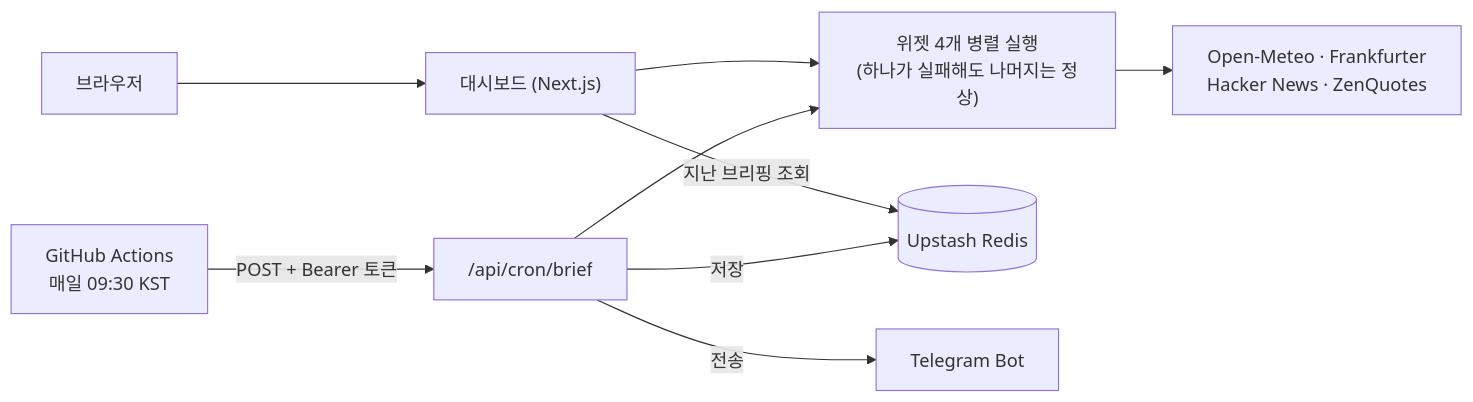
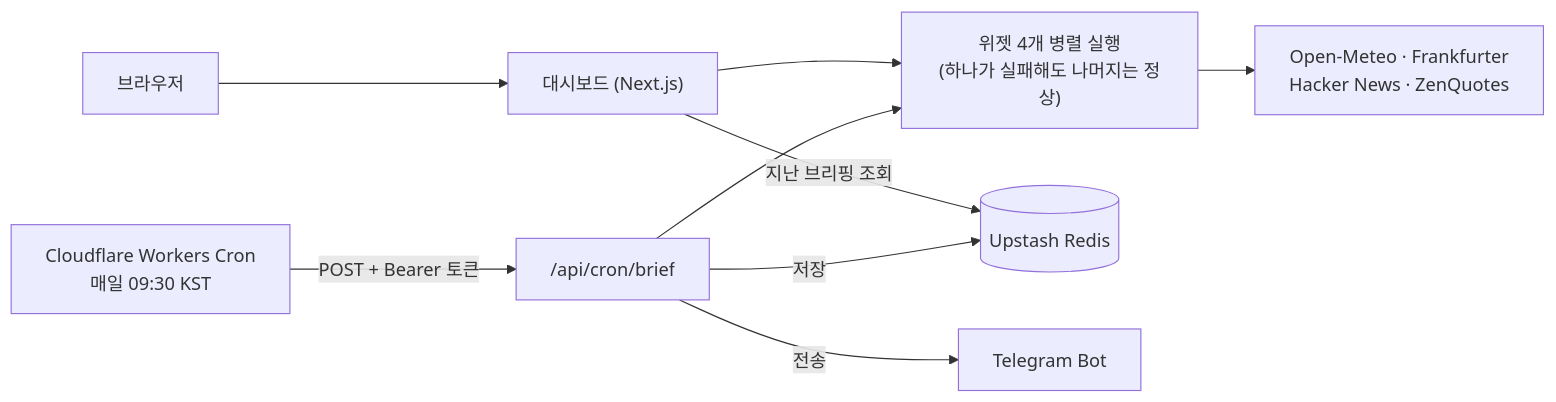
One commit to YunHanKIM/morning-brief changed the diagram in README.md. Above: the diagram before and after it, drawn with Mermaid. The commit also changed other lines of this file and 6 other files, not shown here.

````diff
--- a/README.md
+++ b/README.md
@@ -30,11 +30,11 @@
 ```mermaid
 flowchart LR
-    GA["GitHub Actions<br/>매일 09:30 KST"] -->|"POST + Bearer 토큰"| API["/api/cron/brief"]
+    GA["Cloudflare Workers Cron<br/>매일 09:30 KST"] -->|"POST + Bearer 토큰"| API["/api/cron/brief"]
     API --> W["위젯 4개 병렬 실행<br/>(하나가 실패해도 나머지는 정상)"]
     W --> X["Open-Meteo · Frankfurter<br/>Hacker News · ZenQuotes"]
     API -->|저장| R[("Upstash Redis")]
     API -->|전송| T["Telegram Bot"]
     B["브라우저"] --> P["대시보드 (Next.js)"]
     P --> W
     P -->|"지난 브리핑 조회"| R
 ```
````
